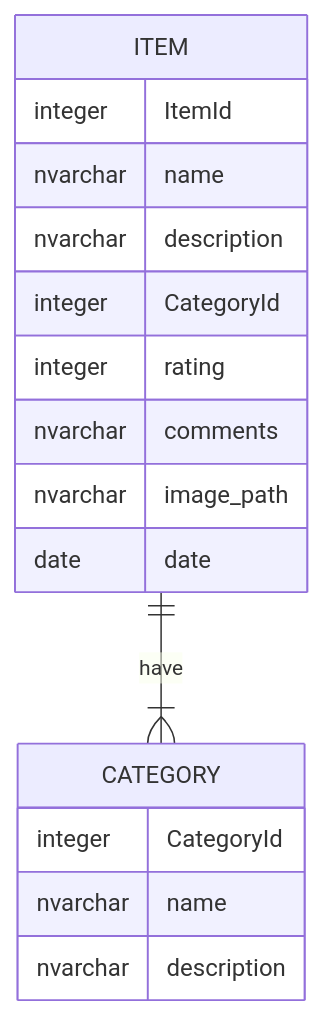
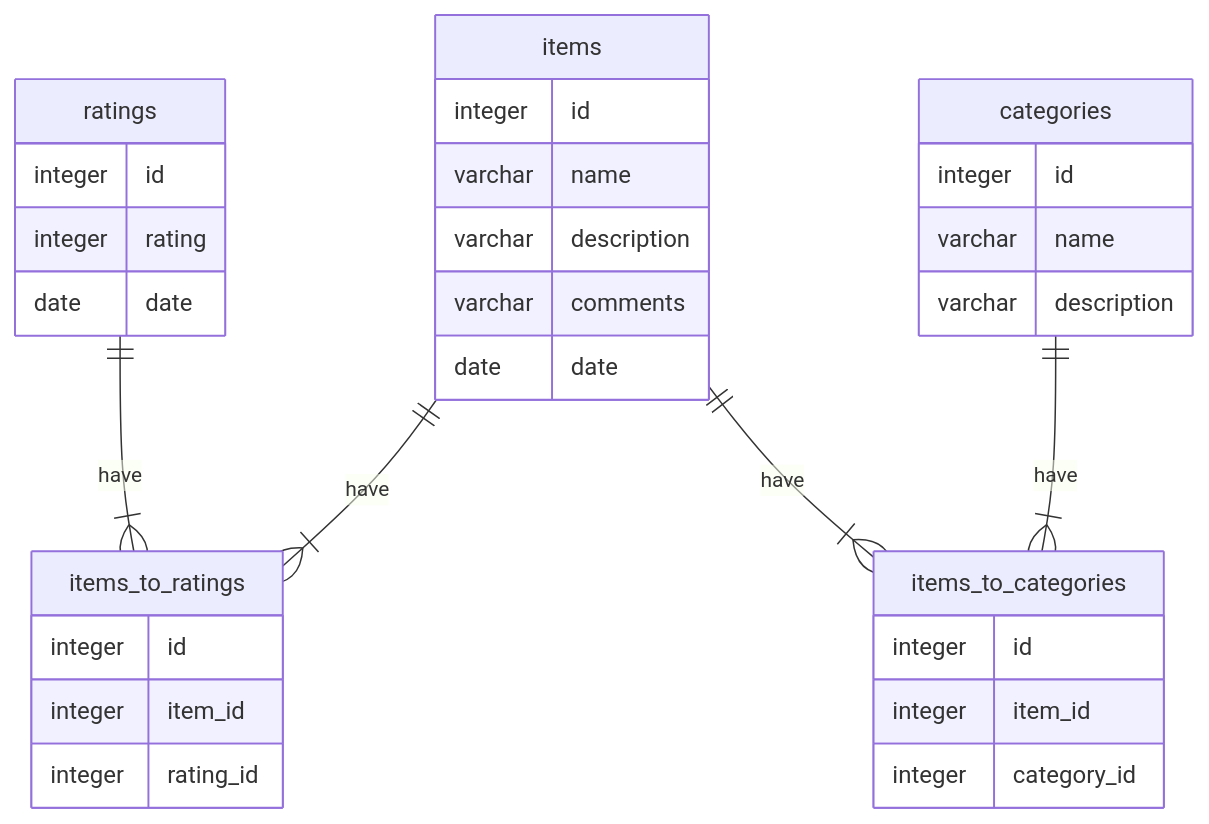
Before and after one commit to xynree/rating-room-r: the diagram in docs/decisions/0001-sqlite-schema.md, drawn with Mermaid.

Commit message:
update schema

````diff
--- a/docs/decisions/0001-sqlite-schema.md
+++ b/docs/decisions/0001-sqlite-schema.md
@@ -15,21 +15,35 @@
 ```mermaid
-    erDiagram
-        ITEM {
-                integer ItemId
-                nvarchar name
-                nvarchar description
-                integer CategoryId
-                integer rating
-                nvarchar comments
-                nvarchar image_path
-                date date
-            }
+erDiagram
+    items {
+        integer   id
+        varchar   name
+        varchar   description
+        varchar   comments
+        date   date
+    }
+    categories {
+        integer   id
+        varchar   name
+        varchar   description
+    }
+    ratings {
+        integer   id
+        integer   rating
+        date   date
+    }
+    items_to_ratings {
+        integer   id
+        integer   item_id
+        integer   rating_id
+    }
+    items_to_categories {
+        integer   id
+        integer   item_id
+        integer   category_id
+    }
 
-        CATEGORY {
-               integer CategoryId
-               nvarchar name
-               nvarchar description
-            }
-
-        ITEM ||--|{ CATEGORY : have
+     items ||--|{ items_to_ratings : have
+     ratings ||--|{ items_to_ratings : have
+     categories ||--|{ items_to_categories : have
+     items ||--|{ items_to_categories : have
 ```
````
